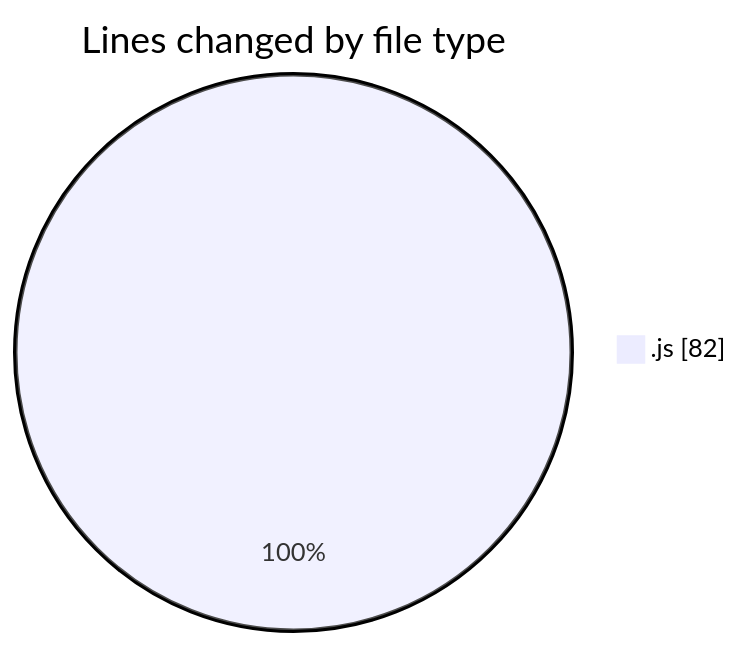
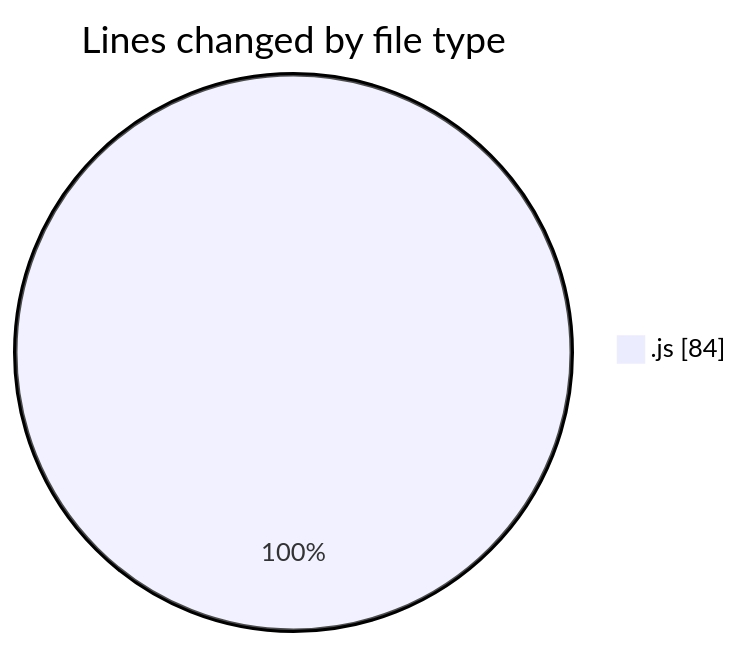
The first of 2 diagrams in 2026-03-12/cda/README.md (momahboobian/code-tracking), drawn with Mermaid before and after one commit. The commit also changed other lines of this file and 1 other file, not shown here.

````diff
--- a/2026-03-12/cda/README.md
+++ b/2026-03-12/cda/README.md
@@ -22,5 +22,5 @@
 ```mermaid
 pie showData
 title Lines changed by file type
-".js" : 82
+".js" : 84
 ```
````
